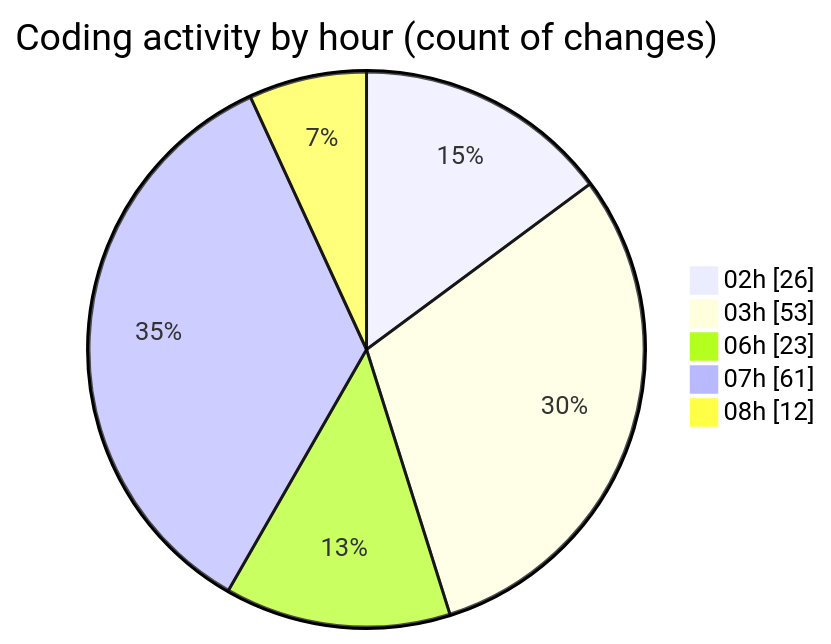
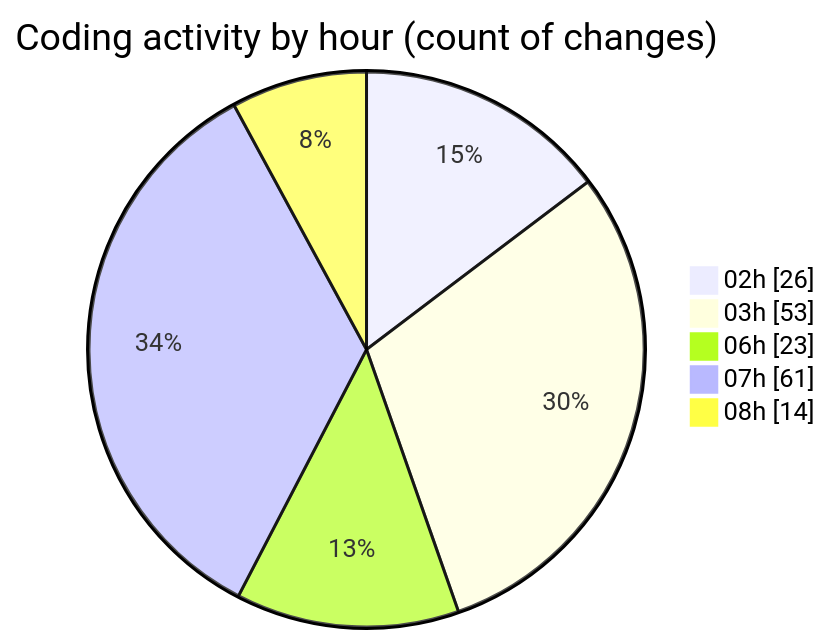
One commit to charlie-sans/code-tracking changed the second of 2 diagrams in 2025-02-22/micros/README.md. Above: the diagram before and after it, drawn with Mermaid. The commit also changed other lines of this file and 1 other file, not shown here.

````diff
--- a/2025-02-22/micros/README.md
+++ b/2025-02-22/micros/README.md
@@ -73,9 +73,9 @@
 ```mermaid
 pie showData
 title Coding activity by hour (count of changes)
 "02h" : 26
 "03h" : 53
 "06h" : 23
 "07h" : 61
-"08h" : 12
+"08h" : 14
 ```
````
